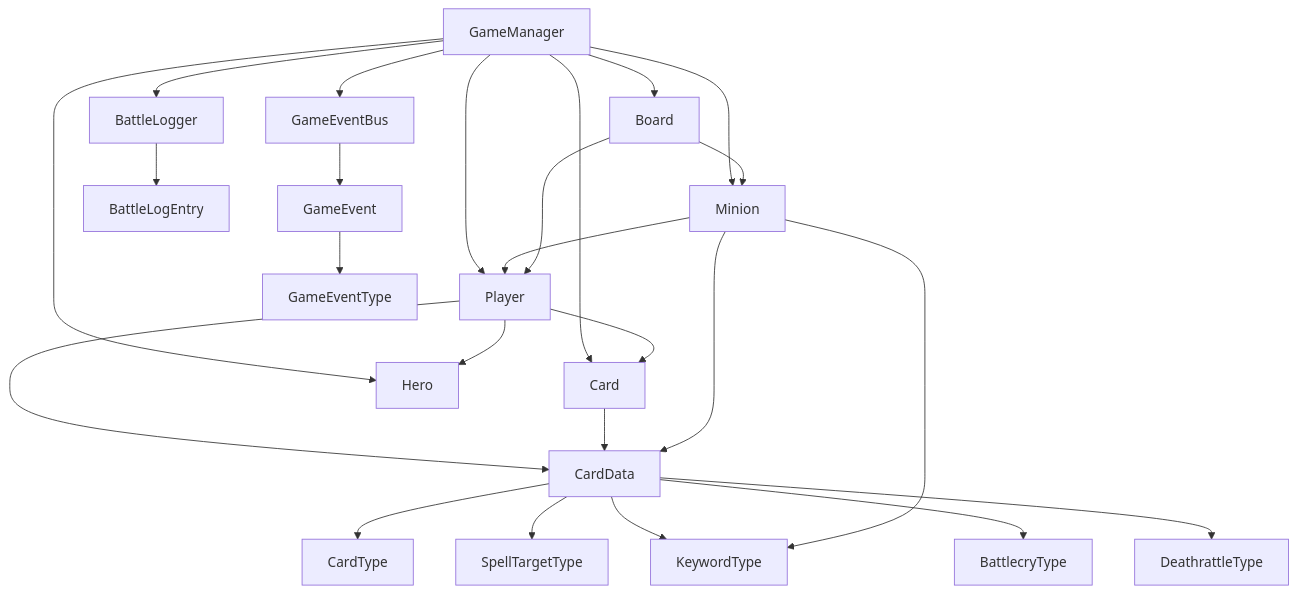
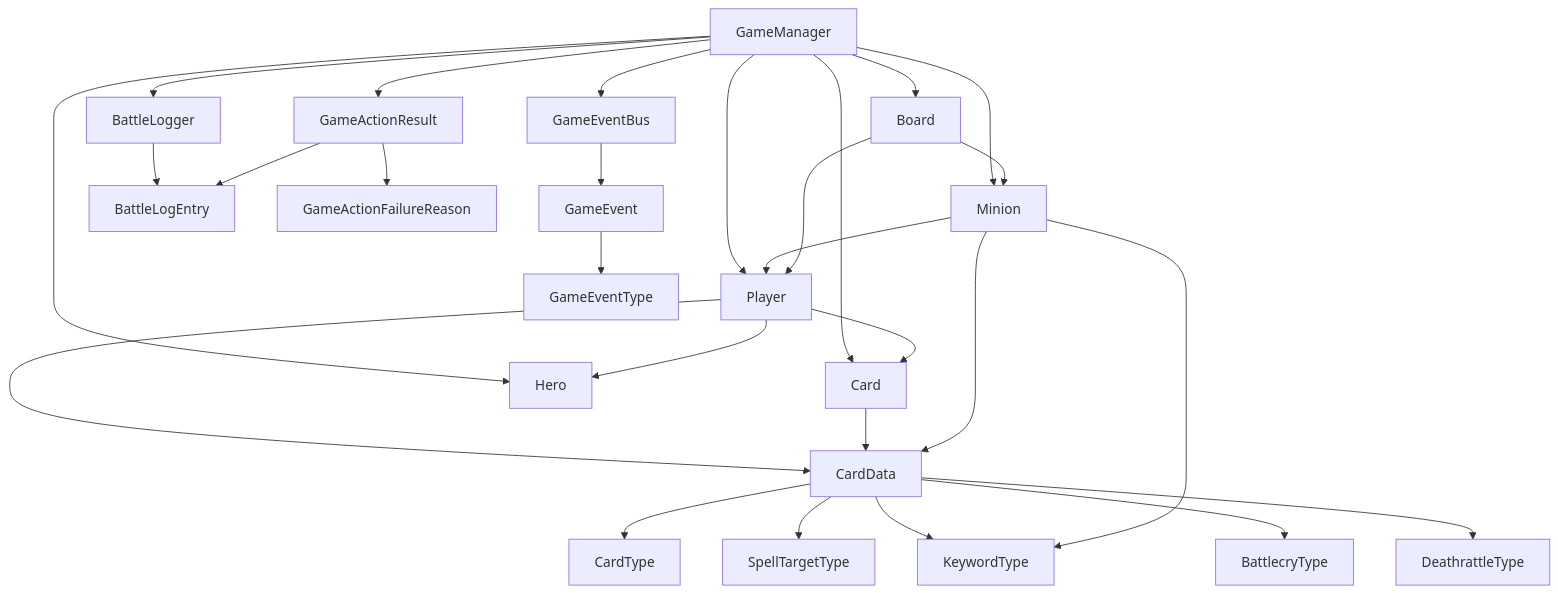
Before and after one commit to ZHStatic/HearthstoneClone: the diagram in Docs/02_CoreArchitecture.md, drawn with Mermaid. The commit also changed other lines of this file and 15 other files, not shown here.

````diff
--- a/Docs/02_CoreArchitecture.md
+++ b/Docs/02_CoreArchitecture.md
@@ -70,34 +72,37 @@
 ```mermaid
 flowchart TD
     GameManager --> Player
     GameManager --> Board
     GameManager --> Card
     GameManager --> Minion
     GameManager --> Hero
     GameManager --> GameEventBus
     GameManager --> BattleLogger
+    GameManager --> GameActionResult
 
     BattleLogger --> BattleLogEntry
+    GameActionResult --> GameActionFailureReason
+    GameActionResult --> BattleLogEntry
 
     GameEventBus --> GameEvent
     GameEvent --> GameEventType
 
     Player --> Hero
     Player --> Card
     Player --> CardData
 
     Card --> CardData
 
     Minion --> CardData
     Minion --> Player
 
     Board --> Player
     Board --> Minion
 
     CardData --> CardType
     CardData --> SpellTargetType
     CardData --> KeywordType
     CardData --> BattlecryType
     CardData --> DeathrattleType
     Minion --> KeywordType
 ```
````
